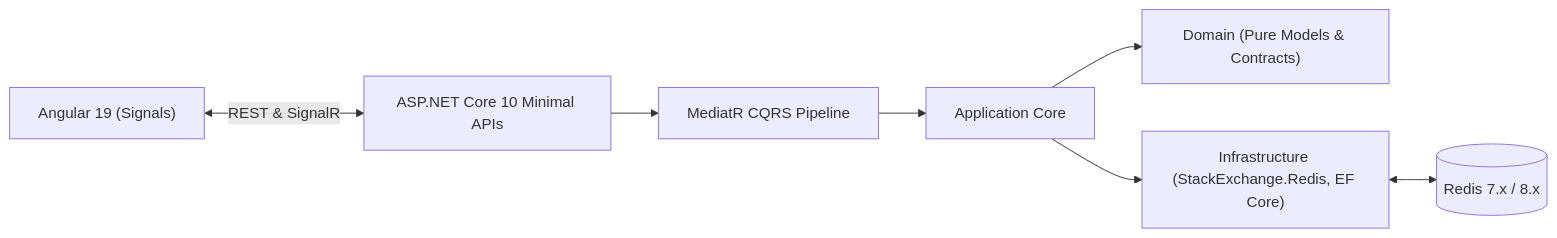
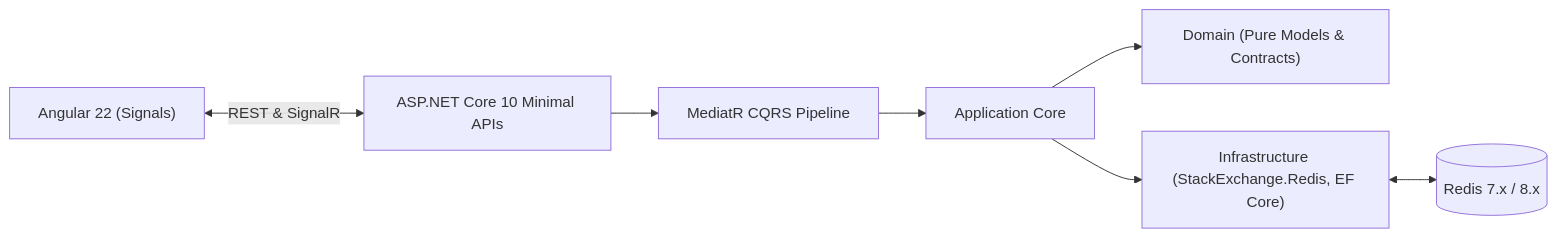
One commit to dellik95/redis-gui changed the diagram in README.md. Above: the diagram before and after it, drawn with Mermaid. The commit also changed other lines of this file and 108 other files, not shown here.

````diff
--- a/README.md
+++ b/README.md
@@ -109,9 +109,9 @@
 ```mermaid
 flowchart LR
-    Client["Angular 19 (Signals)"] <-->|REST & SignalR| Server["ASP.NET Core 10 Minimal APIs"]
+    Client["Angular 22 (Signals)"] <-->|REST & SignalR| Server["ASP.NET Core 10 Minimal APIs"]
     Server --> MediatR["MediatR CQRS Pipeline"]
     MediatR --> App["Application Core"]
     App --> Domain["Domain (Pure Models & Contracts)"]
     App --> Infra["Infrastructure (StackExchange.Redis, EF Core)"]
     Infra <--> Redis[("Redis 7.x / 8.x")]
 ```
````
